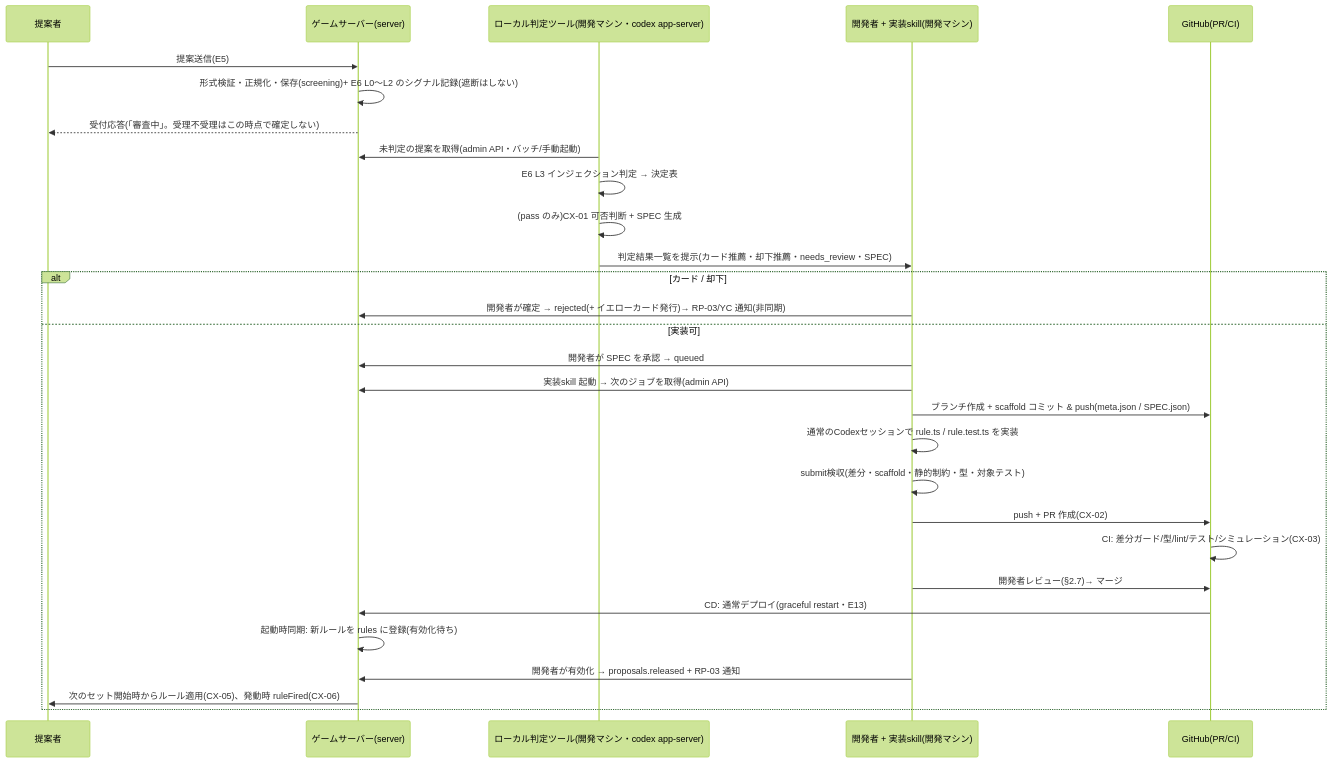
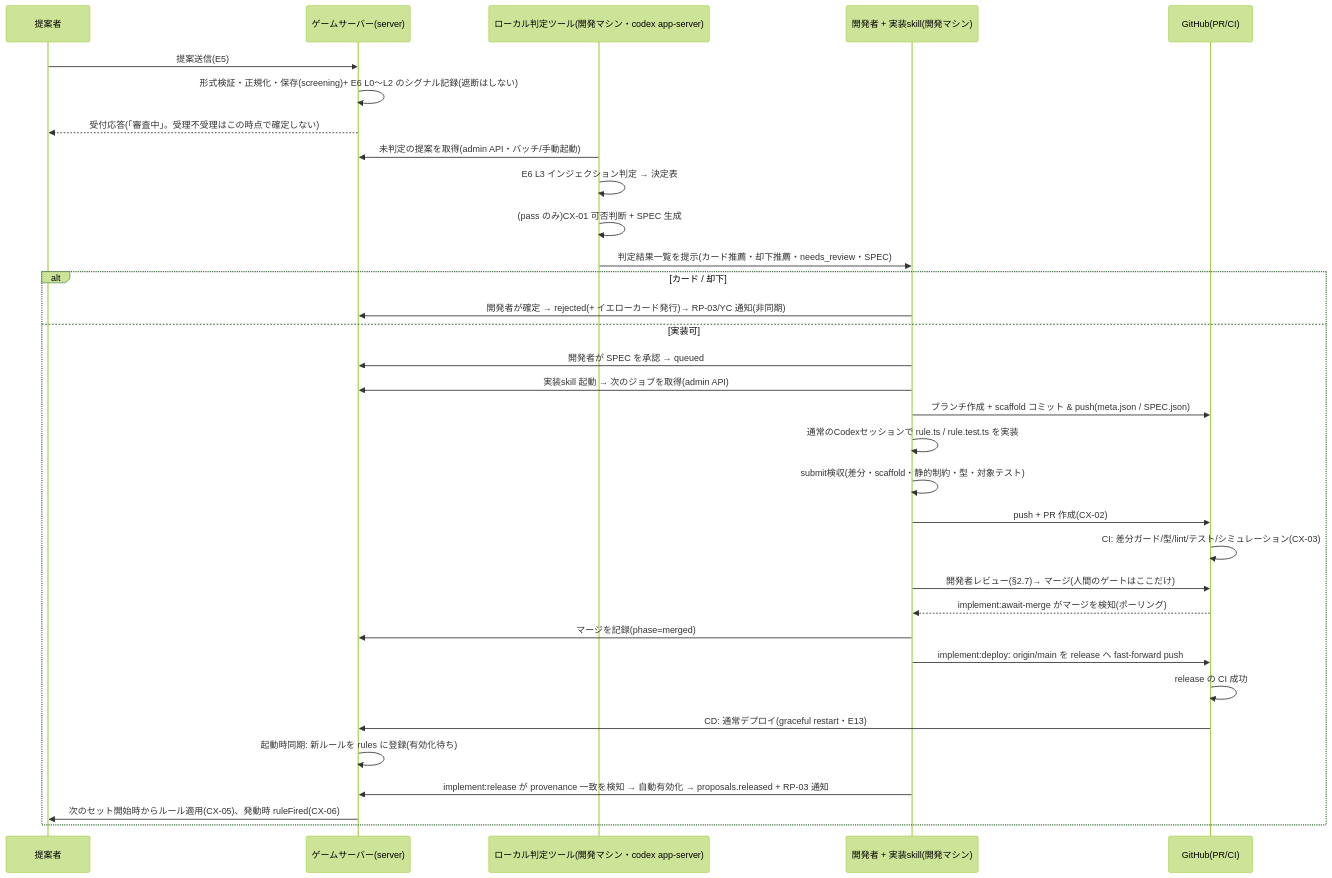
Before and after one commit to qsona/daifugo-together: the diagram in docs/epics/E07-codex-pipeline.md, drawn with Mermaid (forest theme). The commit also changed other lines of this file and 7 other files, not shown here.

````diff
--- a/docs/epics/E07-codex-pipeline.md
+++ b/docs/epics/E07-codex-pipeline.md
@@ -90,32 +103,36 @@
 ```mermaid
 sequenceDiagram
     participant U as 提案者
     participant S as ゲームサーバー(server)
     participant J as ローカル判定ツール(開発マシン・codex app-server)
     participant D as 開発者 + 実装skill(開発マシン)
     participant G as GitHub(PR/CI)
 
     U->>S: 提案送信(E5)
     S->>S: 形式検証・正規化・保存(screening)+ E6 L0〜L2 のシグナル記録(遮断はしない)
     S-->>U: 受付応答(「審査中」。受理不受理はこの時点で確定しない)
     J->>S: 未判定の提案を取得(admin API・バッチ/手動起動)
     J->>J: E6 L3 インジェクション判定 → 決定表
     J->>J: (pass のみ)CX-01 可否判断 + SPEC 生成
     J->>D: 判定結果一覧を提示(カード推薦・却下推薦・needs_review・SPEC)
     alt カード / 却下
         D->>S: 開発者が確定 → rejected(+ イエローカード発行)→ RP-03/YC 通知(非同期)
     else 実装可
         D->>S: 開発者が SPEC を承認 → queued
         D->>S: 実装skill 起動 → 次のジョブを取得(admin API)
         D->>G: ブランチ作成 + scaffold コミット & push(meta.json / SPEC.json)
         D->>D: 通常のCodexセッションで rule.ts / rule.test.ts を実装
         D->>D: submit検収(差分・scaffold・静的制約・型・対象テスト)
         D->>G: push + PR 作成(CX-02)
         G->>G: CI: 差分ガード/型/lint/テスト/シミュレーション(CX-03)
-        D->>G: 開発者レビュー(§2.7)→ マージ
+        D->>G: 開発者レビュー(§2.7)→ マージ(人間のゲートはここだけ)
+        G-->>D: implement:await-merge がマージを検知(ポーリング)
+        D->>S: マージを記録(phase=merged)
+        D->>G: implement:deploy: origin/main を release へ fast-forward push
+        G->>G: release の CI 成功
         G->>S: CD: 通常デプロイ(graceful restart・E13)
         S->>S: 起動時同期: 新ルールを rules に登録(有効化待ち)
-        D->>S: 開発者が有効化 → proposals.released + RP-03 通知
+        D->>S: implement:release が provenance 一致を検知 → 自動有効化 → proposals.released + RP-03 通知
         S->>U: 次のセット開始時からルール適用(CX-05)、発動時 ruleFired(CX-06)
     end
 ```
````
